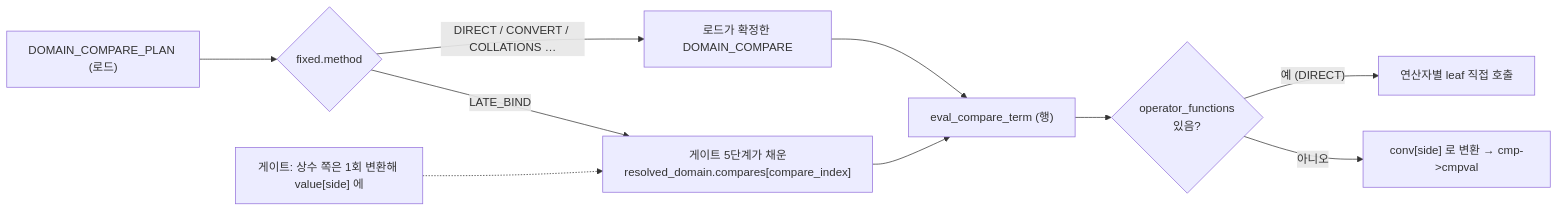
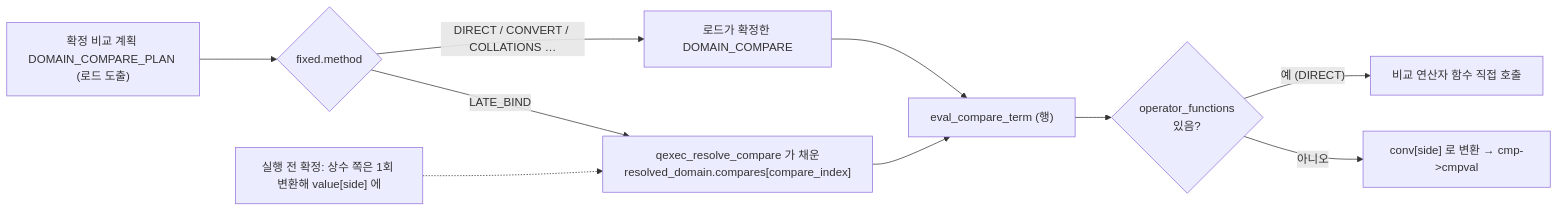
Before and after one commit to xmilex-git/workspace: diagram 12 of 20 in docs/research/pr8022-architecture-diagrams.md, drawn with Mermaid. The commit also changed other lines of this file, not shown here.

First line of the commit message:
docs: PR 8022 diagrams in the CONTEXT.md vocabulary

````diff
--- a/docs/research/pr8022-architecture-diagrams.md
+++ b/docs/research/pr8022-architecture-diagrams.md
@@ -293,12 +293,12 @@
 ```mermaid
 flowchart LR
-  P["DOMAIN_COMPARE_PLAN (로드)"] --> M{"fixed.method"}
+  P["확정 비교 계획 DOMAIN_COMPARE_PLAN (로드 도출)"] --> M{"fixed.method"}
   M -- "DIRECT / CONVERT / COLLATIONS …" --> FC["로드가 확정한 DOMAIN_COMPARE"]
-  M -- "LATE_BIND" --> GC["게이트 5단계가 채운<br/>resolved_domain.compares[compare_index]"]
-  G["게이트: 상수 쪽은 1회 변환해 value[side] 에"] -.-> GC
+  M -- "LATE_BIND" --> GC["qexec_resolve_compare 가 채운<br/>resolved_domain.compares[compare_index]"]
+  G["실행 전 확정: 상수 쪽은 1회 변환해 value[side] 에"] -.-> GC
   FC --> E["eval_compare_term (행)"]
   GC --> E
   E --> OF{"operator_functions<br/>있음?"}
-  OF -- "예 (DIRECT)" --> DF["연산자별 leaf 직접 호출"]
+  OF -- "예 (DIRECT)" --> DF["비교 연산자 함수 직접 호출"]
   OF -- "아니오" --> CV["conv[side] 로 변환 → cmp->cmpval"]
 ```
````
